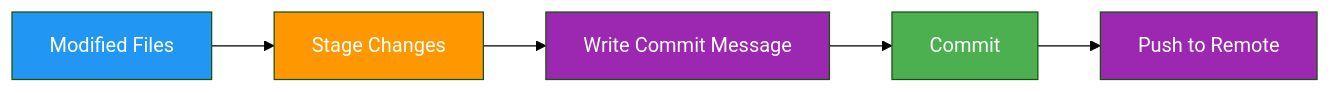
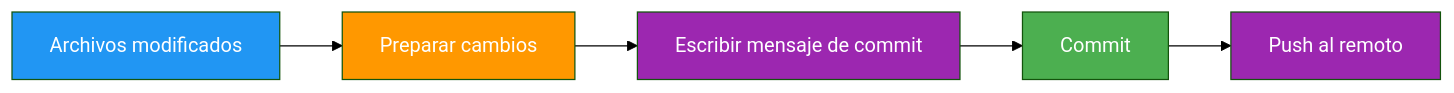
The fourth of 4 diagrams in 05-operativa-basica.md (joseluisgs/EntornosDesarrollo-02-2026-2027), drawn with Mermaid (forest theme) before and after one commit. The commit also changed other lines of this file and 9 other files, not shown here.

First line of the commit message:
[fix] Auditoría completa UD02: errores, formato, CCEE, Mermaid, ejemplos

````diff
--- a/05-operativa-basica.md
+++ b/05-operativa-basica.md
@@ -303,13 +325,13 @@
 ```mermaid
 graph LR
-    A[Modified Files] --> B[Stage Changes]
-    B --> C[Write Commit Message]
+    A[Archivos modificados] --> B[Preparar cambios]
+    B --> C[Escribir mensaje de commit]
     C --> D[Commit]
-    D --> E[Push to Remote]
+    D --> E[Push al remoto]
     
     style A fill:#2196F3,color:#fff
     style B fill:#FF9800,color:#fff
     style C fill:#9C27B0,color:#fff
     style D fill:#4CAF50,color:#fff
     style E fill:#9C27B0,color:#fff
 ```
````
